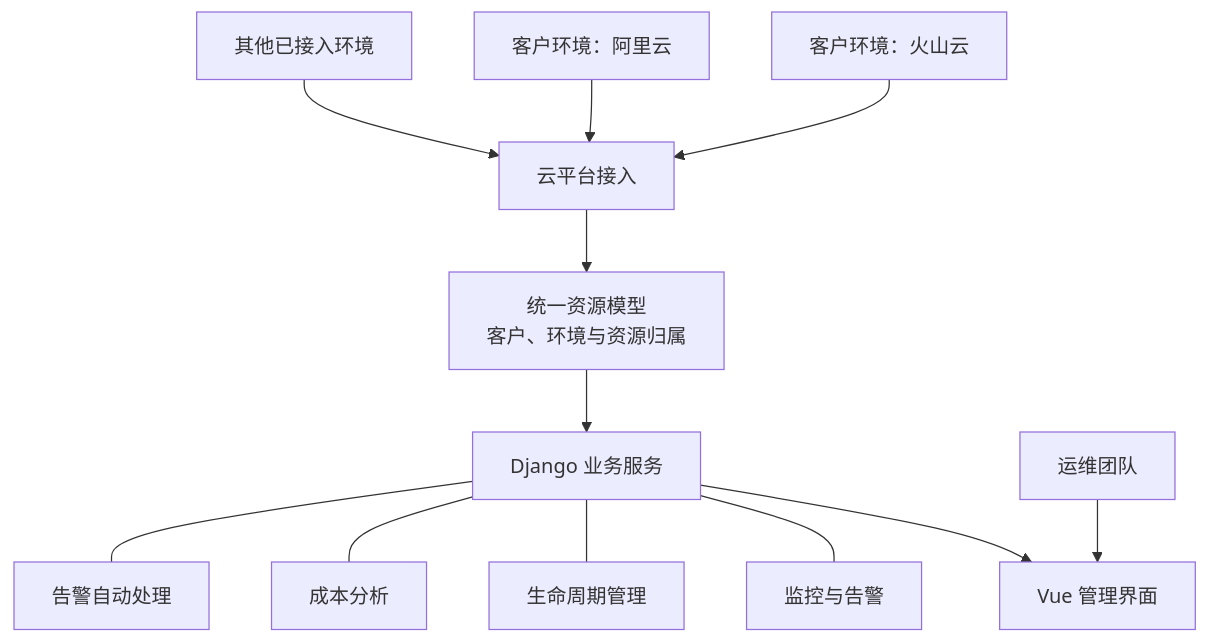
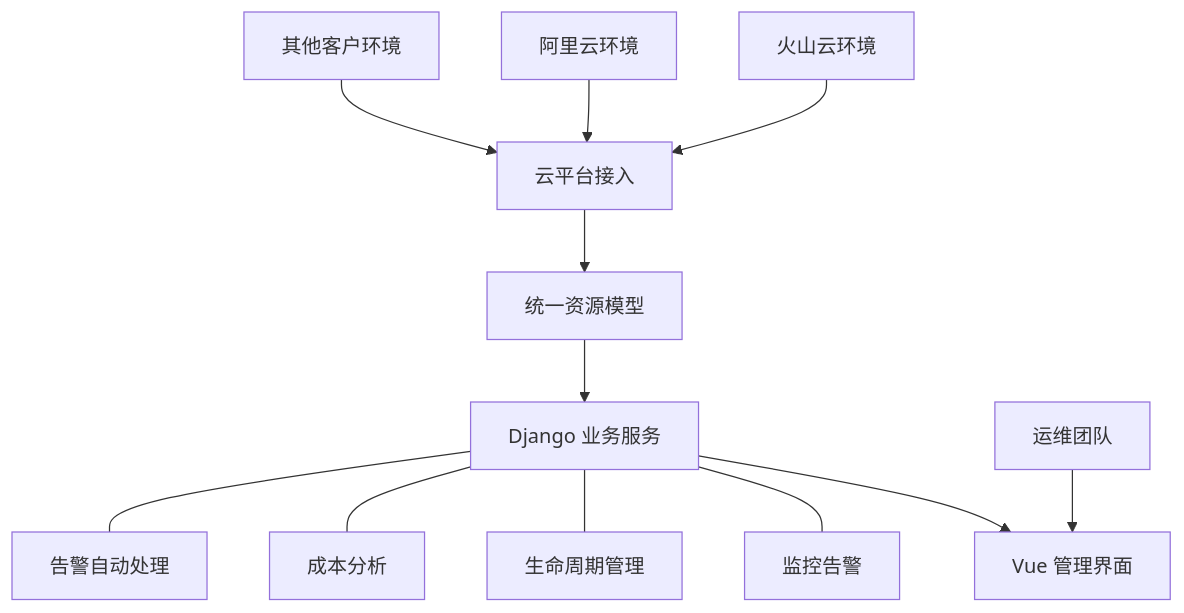
The first of 2 diagrams in content/cases/multi-cloud-management.md (cytlabs/personal-site), drawn with Mermaid before and after one commit. The commit also changed other lines of this file and 17 other files, not shown here.

First line of the commit message:
统一图表排版、主题和大图查看 (#15)

````diff
--- a/content/cases/multi-cloud-management.md
+++ b/content/cases/multi-cloud-management.md
@@ -17,14 +17,12 @@
 ```mermaid
 flowchart TD
-    A["客户环境：火山云"] --> R["云平台接入"]
-    B["客户环境：阿里云"] --> R
-    C["其他已接入环境"] --> R
-    R --> M["统一资源模型<br/>客户、环境与资源归属"]
-    M --> S["Django 业务服务"]
-    S --> U["Vue 管理界面"]
+    A["火山云环境"] --> R["云平台接入"]
+    B["阿里云环境"] --> R
+    C["其他客户环境"] --> R
+    R --> M["统一资源模型"] --> S["Django 业务服务"] --> U["Vue 管理界面"]
     O["运维团队"] --> U
-    S --- V["监控与告警"]
+    S --- V["监控告警"]
     S --- L["生命周期管理"]
     S --- F["成本分析"]
     S --- T["告警自动处理"]
 ```
````
